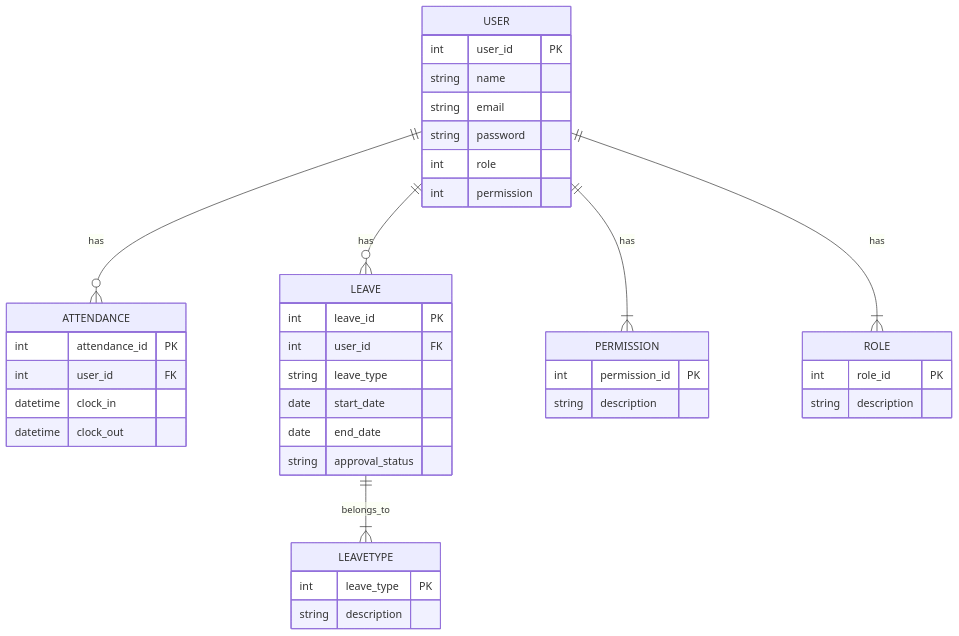
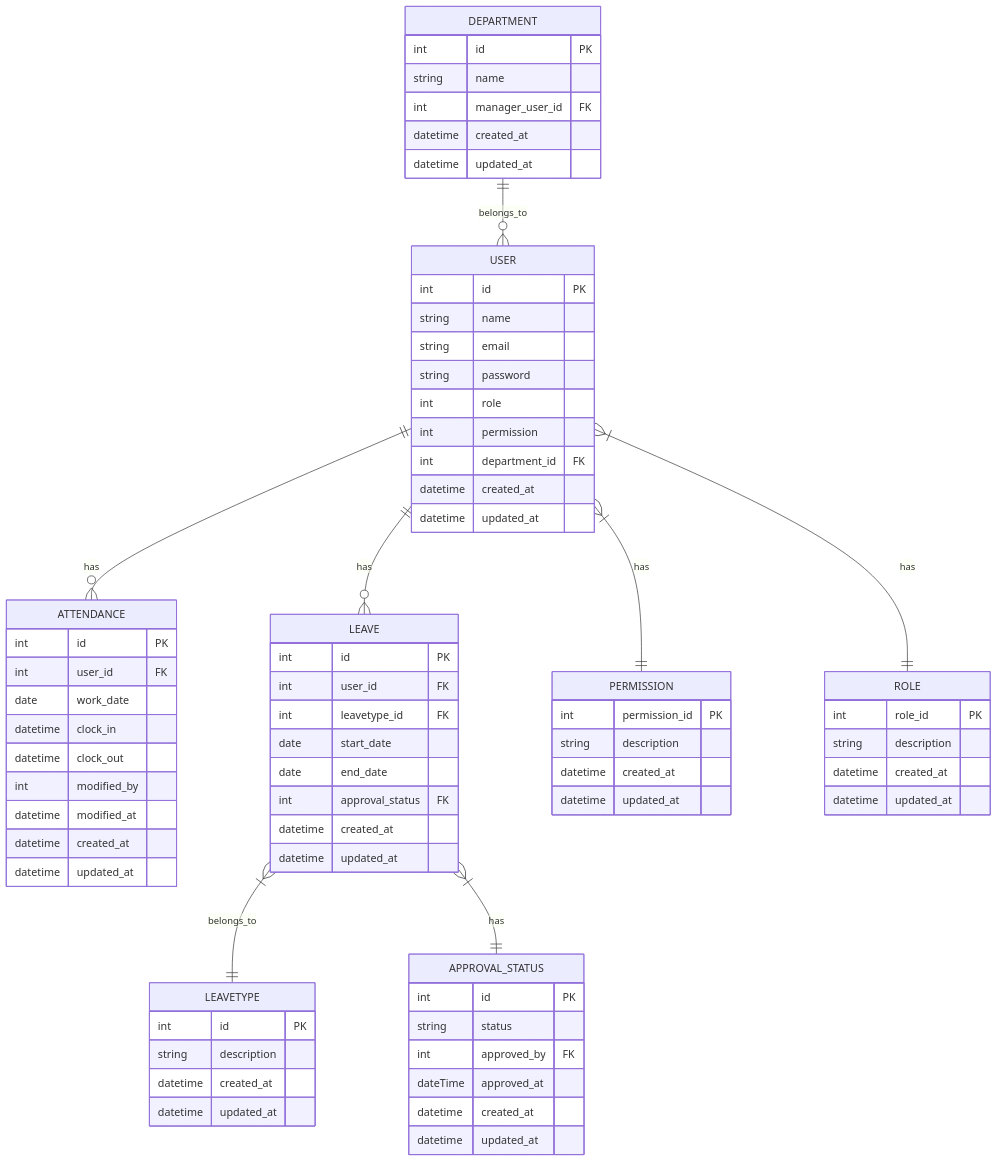
One commit to user-1333/harry-inoue-educure-app changed the first of 2 diagrams in 要件定義.md. Above: the diagram before and after it, drawn with Mermaid. The commit also changed other lines of this file and 25 other files, not shown here.

```````diff
--- a/要件定義.md
+++ b/要件定義.md
@@ -29,42 +46,75 @@
 ```mermaid
 erDiagram
     USER {
-        int user_id PK 
-        string name
+        int id PK 
+        string name 
         string email
         string password
         int role
         int permission
+        int department_id FK
+        datetime created_at
+        datetime updated_at
+    }
+    DEPARTMENT {
+        int id PK
+        string name
+        int manager_user_id FK
+        datetime created_at
+        datetime updated_at
     }
     ATTENDANCE {
-        int attendance_id PK
+        int id PK
         int user_id FK
+        date work_date
         datetime clock_in
         datetime clock_out
+        int modified_by
+        datetime modified_at
+        datetime created_at
+        datetime updated_at
     }
     LEAVE {
-        int leave_id PK
+        int id PK
         int user_id FK
-        string leave_type
+        int leavetype_id FK
         date start_date
         date end_date
-        string approval_status
+        int approval_status FK
+        datetime created_at
+        datetime updated_at
+    }
+    APPROVAL_STATUS {
+        int id PK
+        string status
+        int approved_by FK
+        dateTime approved_at
+        datetime created_at
+        datetime updated_at
     }
     LEAVETYPE {
-        int leave_type PK
+        int id PK
         string description
+        datetime created_at
+        datetime updated_at
     }
     PERMISSION {
         int permission_id PK
         string description
+        datetime created_at
+        datetime updated_at
     }
     ROLE {
         int role_id PK
         string description
+        datetime created_at
+        datetime updated_at
     }
     USER ||--o{ ATTENDANCE : has
     USER ||--o{ LEAVE : has
-    LEAVE ||--|{ LEAVETYPE : belongs_to
-    USER ||--|{ PERMISSION : has
-    USER ||--|{ ROLE : has
+    LEAVE }|--|| LEAVETYPE : belongs_to
+    LEAVE }|--|| APPROVAL_STATUS : has
+    USER }|--|| PERMISSION : has
+    USER }|--|| ROLE : has
+    DEPARTMENT ||--o{ USER : belongs_to
 ``````
```````
